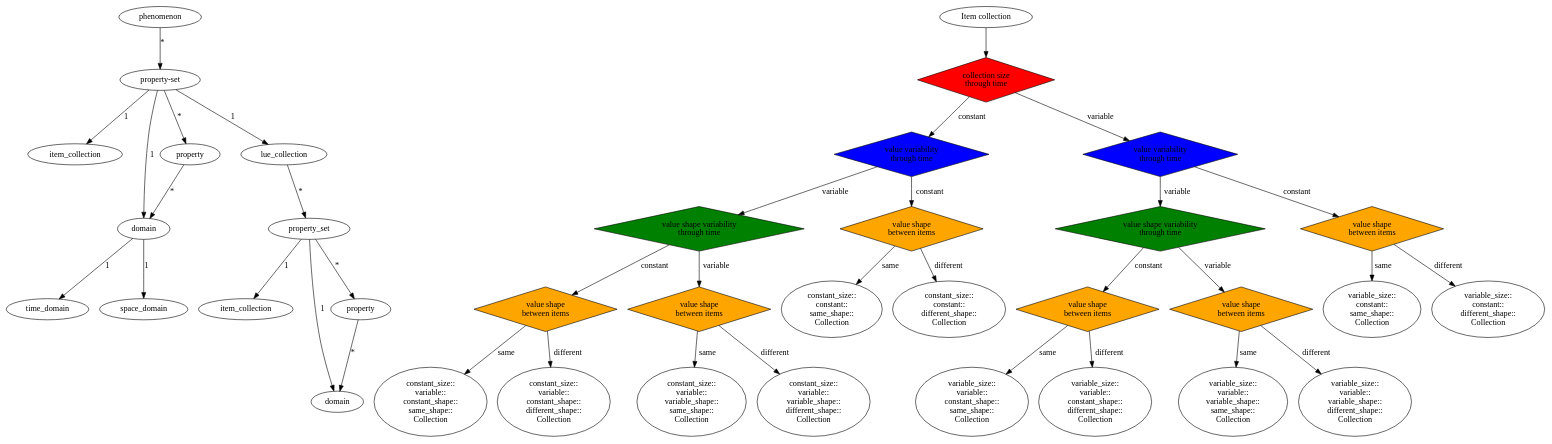
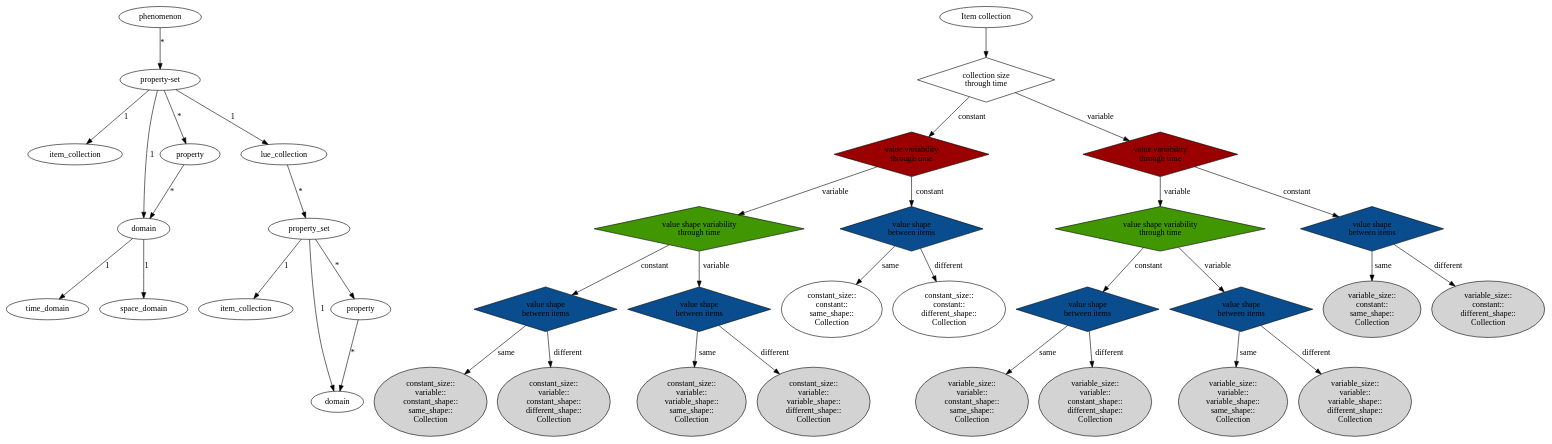
The diagram in source/lue_cxx/doc/datamodel.dot (computationalgeography/lue), drawn with Graphviz before and after one commit.

```diff
--- a/source/lue_cxx/doc/datamodel.dot
+++ b/source/lue_cxx/doc/datamodel.dot
@@ -78,43 +78,6 @@
     ];
 
 
-
-    // private_property_sets [
-    //     label="__property_sets__"
-    // ];
-
-    // private_property_sets [
-    //     label="__property_sets__"
-    // ];
-
-
-    // phenomenon -> private_property_sets [
-    //     label = "1"
-    // ];
-
-    // private_property_sets -> private_property_set [
-    //     label = "*"
-    // ];
-
-    // private_property_set -> private_item_collection [
-    // ];
-
-    // private_property_set -> private_domain [
-    // ];
-
-    // private_property_set -> private_properties [
-    //     label = "1"
-    // ];
-
-    // private_properties -> private_property [
-    //     label = "*"
-    // ];
-
-    // private_property -> private_domain [
-    //     label = "*"
-    // ];
-
-
     // Decissions --------------------------------------------------------------
     node [
         shape=diamond
@@ -123,78 +86,80 @@
 
     collection_size_through_time [
         label="collection size\nthrough time"
-        fillcolor=red
+        style=""
     ];
 
     value_variability1 [
         label="value variability\nthrough time"
         shape=diamond
-        fillcolor=blue
+        fillcolor="#9a0000"
     ];
     value_variability2 [
         label="value variability\nthrough time"
         shape=diamond
-        fillcolor=blue
+        fillcolor="#9a0000"
     ];
 
     shape_variability1 [
         label="value shape variability\nthrough time"
         shape=diamond
-        fillcolor=green
+        fillcolor="#419702"
     ];
     shape_variability2 [
         label="value shape variability\nthrough time"
         shape=diamond
-        fillcolor=green
+        fillcolor="#419702"
     ];
 
 
     value_shape1 [
         label="value shape\nbetween items"
         shape=diamond
-        fillcolor=orange
+        fillcolor="#094d8e"
     ];
     value_shape2 [
         label="value shape\nbetween items"
         shape=diamond
-        fillcolor=orange
+        fillcolor="#094d8e"
     ];
     value_shape3 [
         label="value shape\nbetween items"
         shape=diamond
-        fillcolor=orange
+        fillcolor="#094d8e"
     ];
     value_shape4 [
         label="value shape\nbetween items"
         shape=diamond
-        fillcolor=orange
+        fillcolor="#094d8e"
     ];
     value_shape5 [
         label="value shape\nbetween items"
         shape=diamond
-        fillcolor=orange
+        fillcolor="#094d8e"
     ];
     value_shape6 [
         label="value shape\nbetween items"
         shape=diamond
-        fillcolor=orange
+        fillcolor="#094d8e"
     ];
 
 
     node [
         shape=""
-        style="";
     ];
 
     item [
         label="Item collection"
+        style=""
     ];
 
     same_shape1 [
         label="constant_size::\nconstant::\nsame_shape::\nCollection"
+        style=""
     ];
     different_shape1 [
         label="constant_size::\nconstant::\ndifferent_shape::\nCollection"
+        style=""
     ];
     same_shape2 [
         label="constant_size::\nvariable::\nconstant_shape::\nsame_shape::\nCollection"
@@ -228,8 +193,6 @@
     different_shape6 [
         label="variable_size::\nvariable::\nvariable_shape::\ndifferent_shape::\nCollection"
     ];
-
-
 
 
     item -> collection_size_through_time [
@@ -323,6 +286,4 @@
         label="same"
     ];
 
-
-
 }
```
